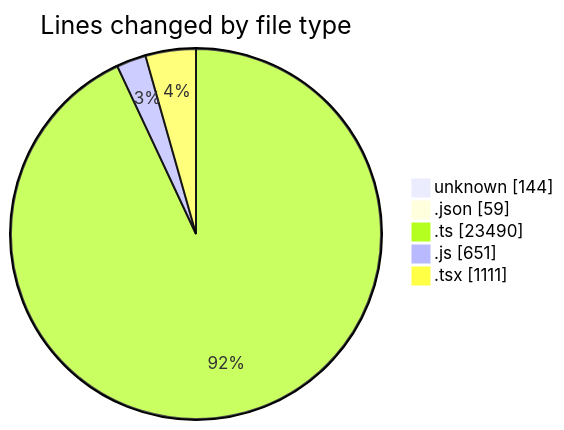
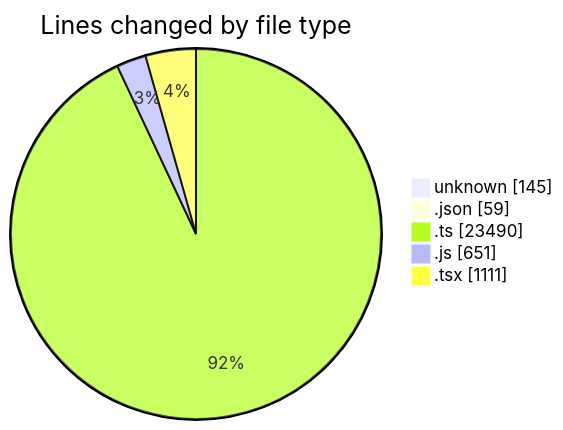
The first of 2 diagrams in 2025-11-13/cda/README.md (momahboobian/code-tracking), drawn with Mermaid before and after one commit. The commit also changed other lines of this file and 1 other file, not shown here.

````diff
--- a/2025-11-13/cda/README.md
+++ b/2025-11-13/cda/README.md
@@ -31,9 +31,9 @@
 ```mermaid
 pie showData
 title Lines changed by file type
-"unknown" : 144
+"unknown" : 145
 ".json" : 59
 ".ts" : 23490
 ".js" : 651
 ".tsx" : 1111
 ```
````
